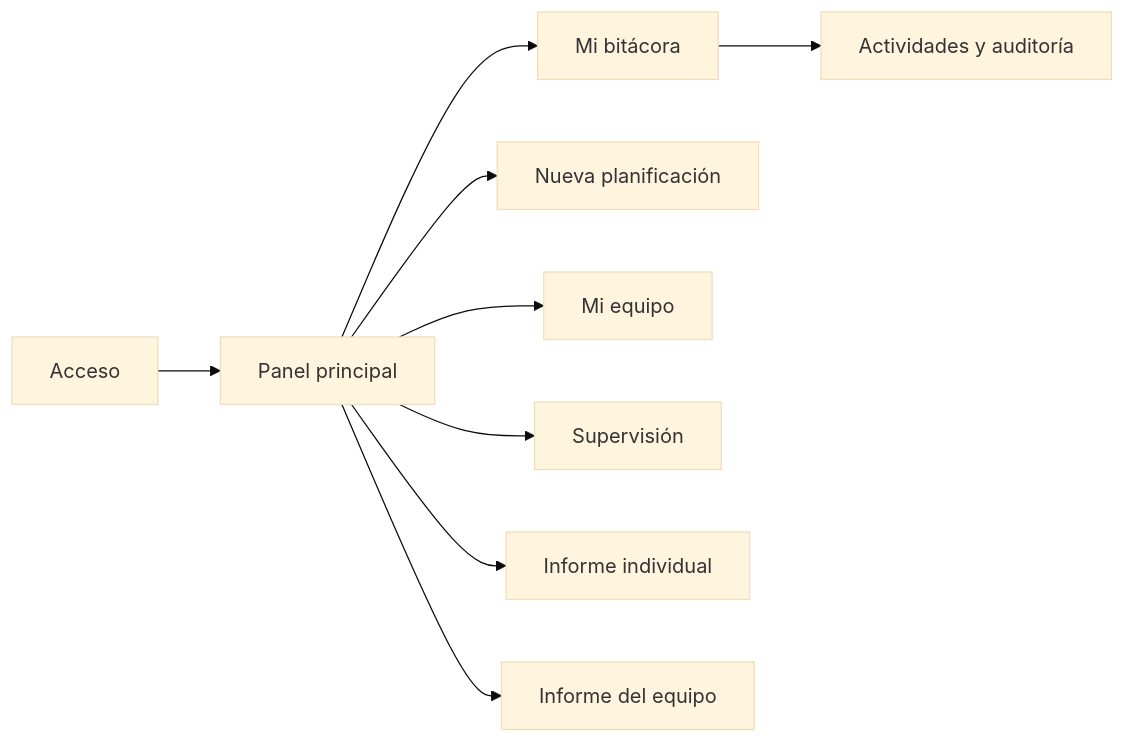
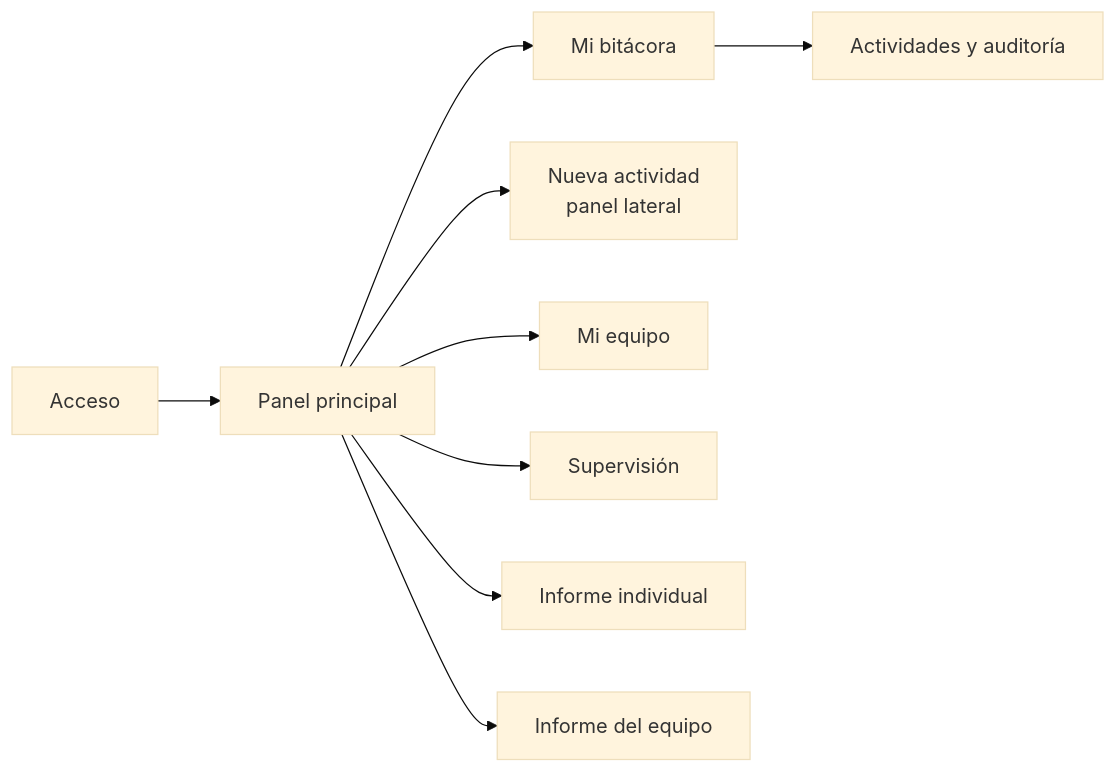
Before and after one commit to marlonbossa09/AI4Devs-finalproject: the first of 4 diagrams in readme.md, drawn with Mermaid (base theme). The commit also changed other lines of this file and 15 other files, not shown here.

````diff
--- a/readme.md
+++ b/readme.md
@@ -130,11 +130,11 @@
 ```mermaid
 flowchart LR
     A[Acceso] --> B[Panel principal]
     B --> C[Mi bitácora]
-    B --> D[Nueva planificación]
+    B --> D[Nueva actividad<br/>panel lateral]
     C --> E[Actividades y auditoría]
     B --> F[Mi equipo]
     B --> G[Supervisión]
     B --> H[Informe individual]
     B --> I[Informe del equipo]
 ```
````
